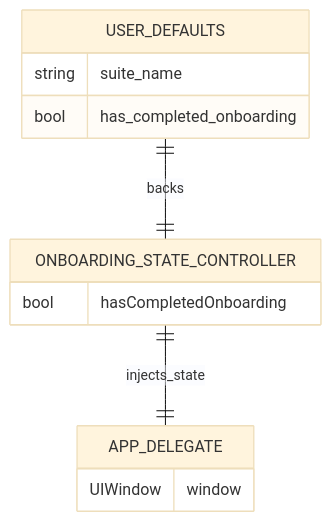
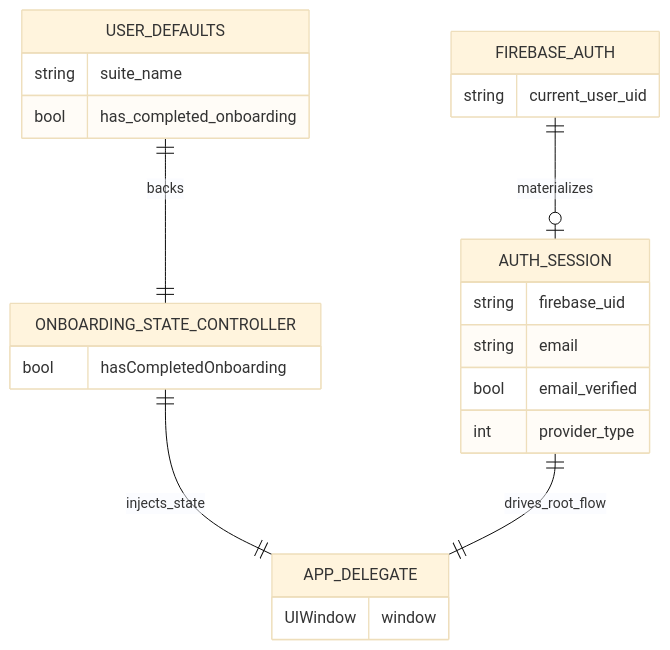
Before and after one commit to bengidev/ios-mrr-experiment: the fourth of 6 diagrams in ARCHITECTURE.md, drawn with Mermaid (base theme). The commit also changed other lines of this file and 15 other files, not shown here.

````diff
--- a/ARCHITECTURE.md
+++ b/ARCHITECTURE.md
@@ -93,18 +139,31 @@
 ```mermaid
 erDiagram
   USER_DEFAULTS {
     string suite_name
     bool has_completed_onboarding
   }
 
   ONBOARDING_STATE_CONTROLLER {
     bool hasCompletedOnboarding
   }
 
+  AUTH_SESSION {
+    string firebase_uid
+    string email
+    bool email_verified
+    int provider_type
+  }
+
   APP_DELEGATE {
     UIWindow window
   }
 
+  FIREBASE_AUTH {
+    string current_user_uid
+  }
+
   USER_DEFAULTS ||--|| ONBOARDING_STATE_CONTROLLER : backs
   ONBOARDING_STATE_CONTROLLER ||--|| APP_DELEGATE : injects_state
+  FIREBASE_AUTH ||--o| AUTH_SESSION : materializes
+  AUTH_SESSION ||--|| APP_DELEGATE : drives_root_flow
 ```
````
